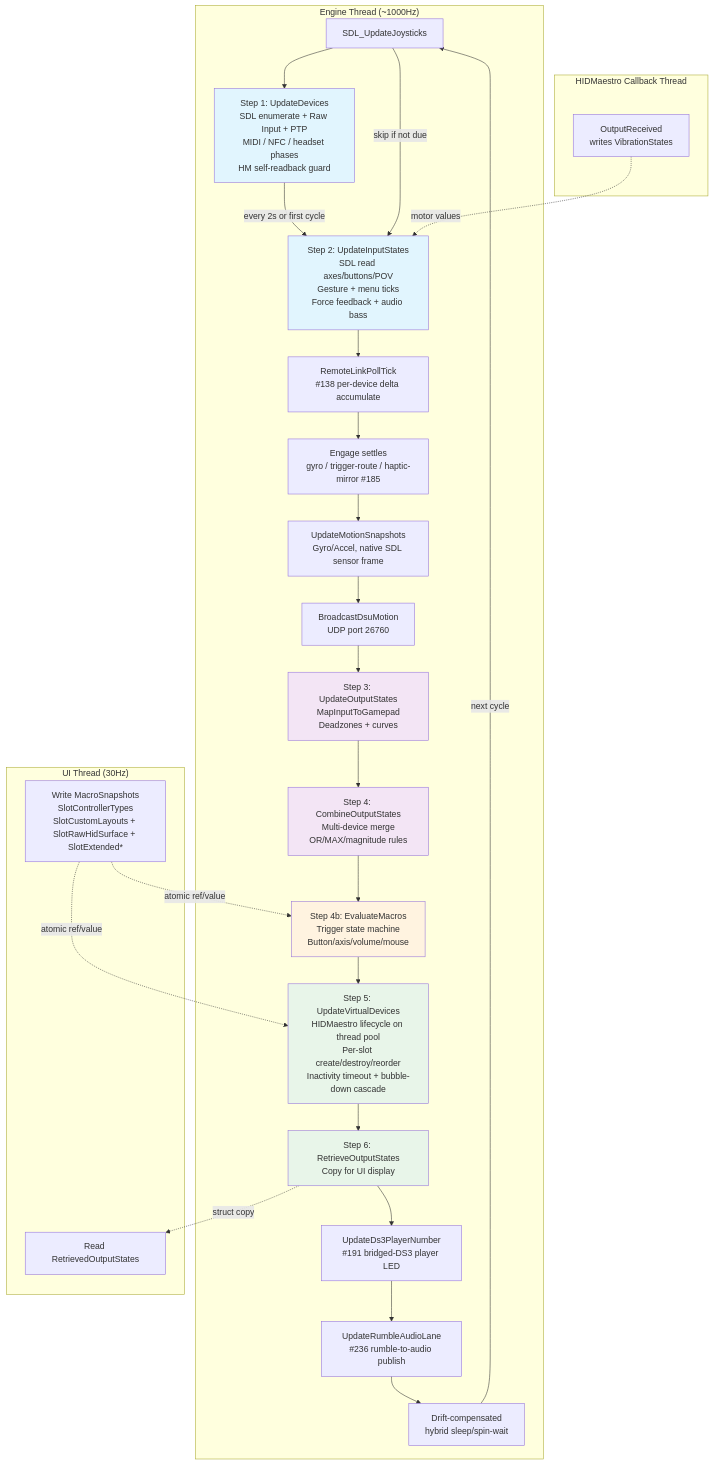
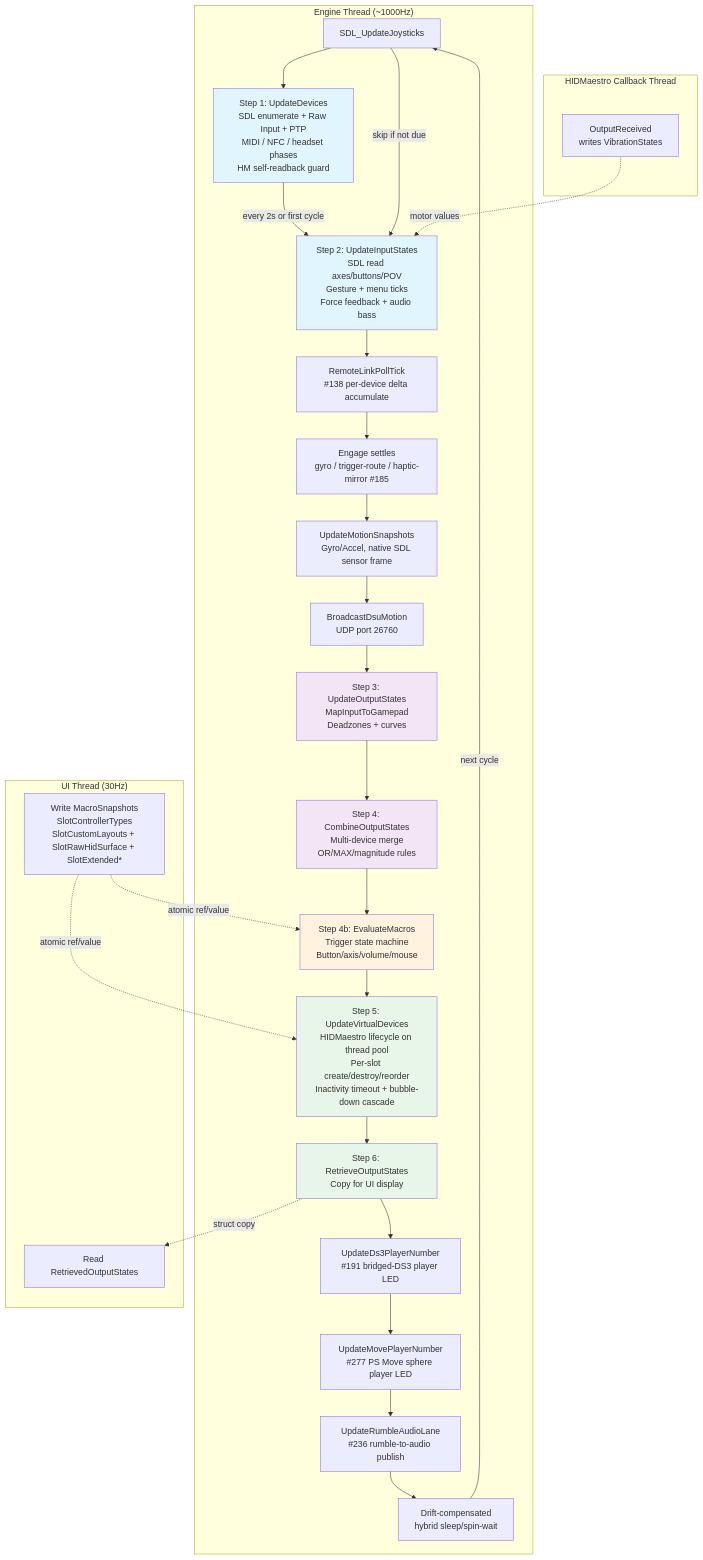
The diagram in wiki/reference/input-pipeline.md (hifihedgehog/padforge.org), drawn with Mermaid before and after one commit. The commit also changed other lines of this file and 192 other files, not shown here.

````diff
--- a/wiki/reference/input-pipeline.md
+++ b/wiki/reference/input-pipeline.md
@@ -9,59 +9,61 @@
 ```mermaid
 graph TD
     subgraph "Engine Thread (~1000Hz)"
         SDL[SDL_UpdateJoysticks]
         S1[Step 1: UpdateDevices<br/>SDL enumerate + Raw Input + PTP<br/>MIDI / NFC / headset phases<br/>HM self-readback guard]
         S2[Step 2: UpdateInputStates<br/>SDL read axes/buttons/POV<br/>Gesture + menu ticks<br/>Force feedback + audio bass]
         RL[RemoteLinkPollTick<br/>#138 per-device delta accumulate]
         ENG[Engage settles<br/>gyro / trigger-route / haptic-mirror #185]
         MS[UpdateMotionSnapshots<br/>Gyro/Accel, native SDL sensor frame]
         DSU[BroadcastDsuMotion<br/>UDP port 26760]
         S3[Step 3: UpdateOutputStates<br/>MapInputToGamepad<br/>Deadzones + curves]
         S4[Step 4: CombineOutputStates<br/>Multi-device merge<br/>OR/MAX/magnitude rules]
         S4b[Step 4b: EvaluateMacros<br/>Trigger state machine<br/>Button/axis/volume/mouse]
         S5[Step 5: UpdateVirtualDevices<br/>HIDMaestro lifecycle on thread pool<br/>Per-slot create/destroy/reorder<br/>Inactivity timeout + bubble-down cascade]
         S6[Step 6: RetrieveOutputStates<br/>Copy for UI display]
         DS3[UpdateDs3PlayerNumber<br/>#191 bridged-DS3 player LED]
+        MOVE[UpdateMovePlayerNumber<br/>#277 PS Move sphere player LED]
         RA[UpdateRumbleAudioLane<br/>#236 rumble-to-audio publish]
         WAIT[Drift-compensated<br/>hybrid sleep/spin-wait]
 
         SDL --> S1
         S1 -->|every 2s or first cycle| S2
         SDL -->|skip if not due| S2
         S2 --> RL
         RL --> ENG
         ENG --> MS
         MS --> DSU
         DSU --> S3
         S3 --> S4
         S4 --> S4b
         S4b --> S5
         S5 --> S6
         S6 --> DS3
-        DS3 --> RA
+        DS3 --> MOVE
+        MOVE --> RA
         RA --> WAIT
         WAIT -->|next cycle| SDL
     end
 
     subgraph "UI Thread (30Hz)"
         UI_READ[Read RetrievedOutputStates]
         UI_WRITE[Write MacroSnapshots<br/>SlotControllerTypes<br/>SlotCustomLayouts + SlotRawHidSurface + SlotExtended*]
     end
 
     subgraph "HIDMaestro Callback Thread"
         VIB[OutputReceived<br/>writes VibrationStates]
     end
 
     S6 -.->|struct copy| UI_READ
     UI_WRITE -.->|atomic ref/value| S4b
     UI_WRITE -.->|atomic ref/value| S5
     VIB -.->|motor values| S2
 
     style S1 fill:#e1f5fe
     style S2 fill:#e1f5fe
     style S3 fill:#f3e5f5
     style S4 fill:#f3e5f5
     style S4b fill:#fff3e0
     style S5 fill:#e8f5e9
     style S6 fill:#e8f5e9
 ```
````
